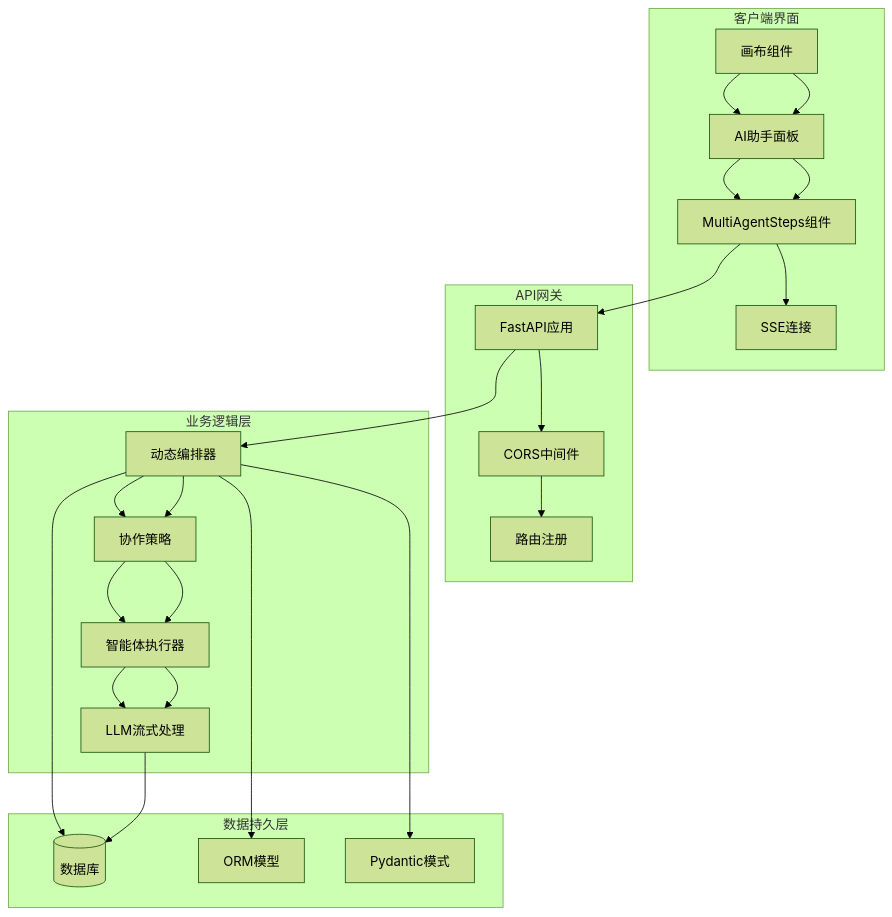
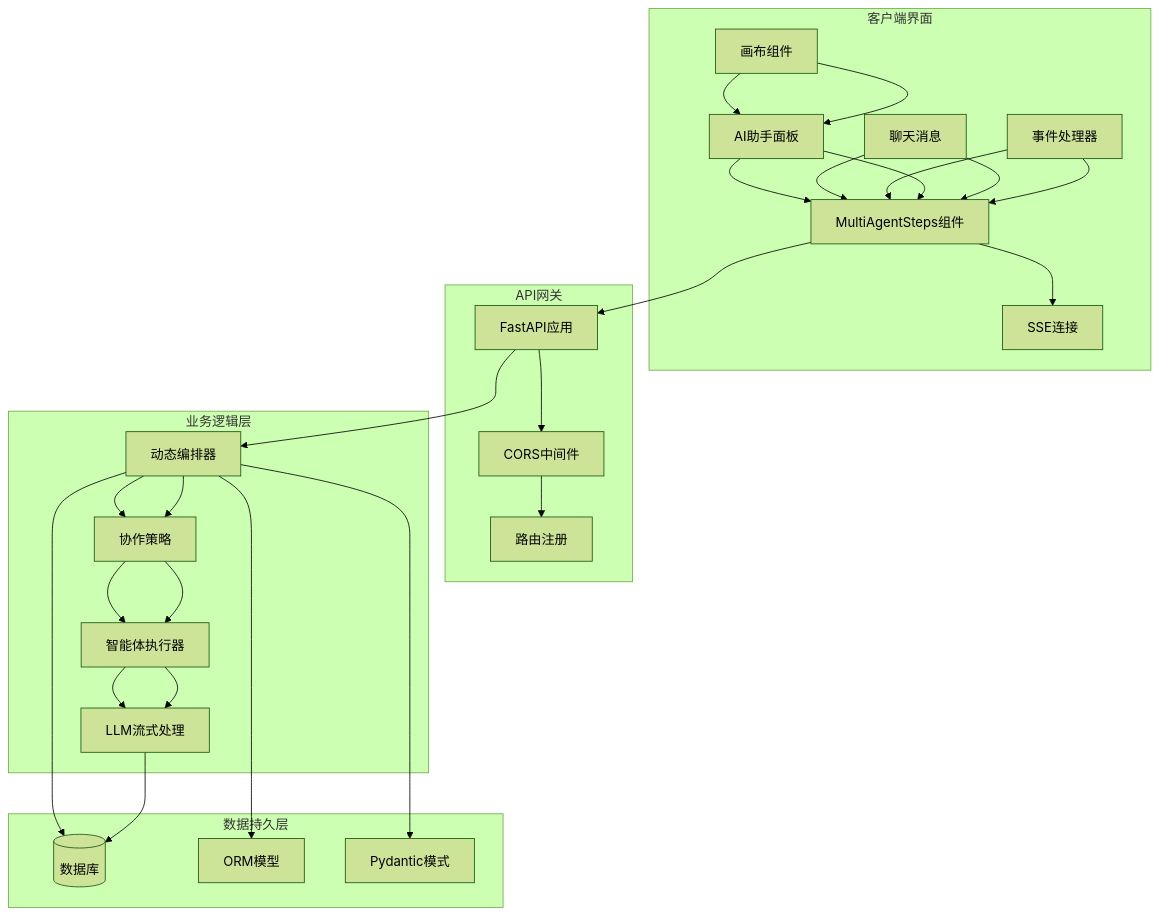
Before and after one commit to KunLabAI/KunFlix: the third of 9 diagrams in .qoder/repowiki/zh/content/后台管理系统/多智能体步骤显示.md, drawn with Mermaid (forest theme). The commit also changed other lines of this file and 12 other files, not shown here.

````diff
--- a/.qoder/repowiki/zh/content/后台管理系统/多智能体步骤显示.md
+++ b/.qoder/repowiki/zh/content/后台管理系统/多智能体步骤显示.md
@@ -144,33 +152,37 @@
 ```mermaid
 graph TB
 subgraph "客户端界面"
 UI[MultiAgentSteps组件] --> SSE[SSE连接]
 AIAssistant[AI助手面板] --> UI
 TheaterCanvas[画布组件] --> AIAssistant
+ChatMessage[聊天消息] --> UI
+useSSEHandler[事件处理器] --> UI
 end
 subgraph "API网关"
 FastAPI[FastAPI应用] --> CORS[CORS中间件]
 CORS --> Router[路由注册]
 end
 subgraph "业务逻辑层"
 Orchestrator[动态编排器] --> Strategy[协作策略]
 Strategy --> Executor[智能体执行器]
 Executor --> LLM[LLM流式处理]
 end
 subgraph "数据持久层"
 DB[(数据库)]
 Models[ORM模型]
 Schemas[Pydantic模式]
 end
 UI --> FastAPI
 AIAssistant --> UI
 TheaterCanvas --> AIAssistant
+ChatMessage --> UI
+useSSEHandler --> UI
 FastAPI --> Orchestrator
 Orchestrator --> DB
 Orchestrator --> Models
 Orchestrator --> Schemas
 Orchestrator --> Strategy
 Strategy --> Executor
 Executor --> LLM
 LLM --> DB
 ```
````
